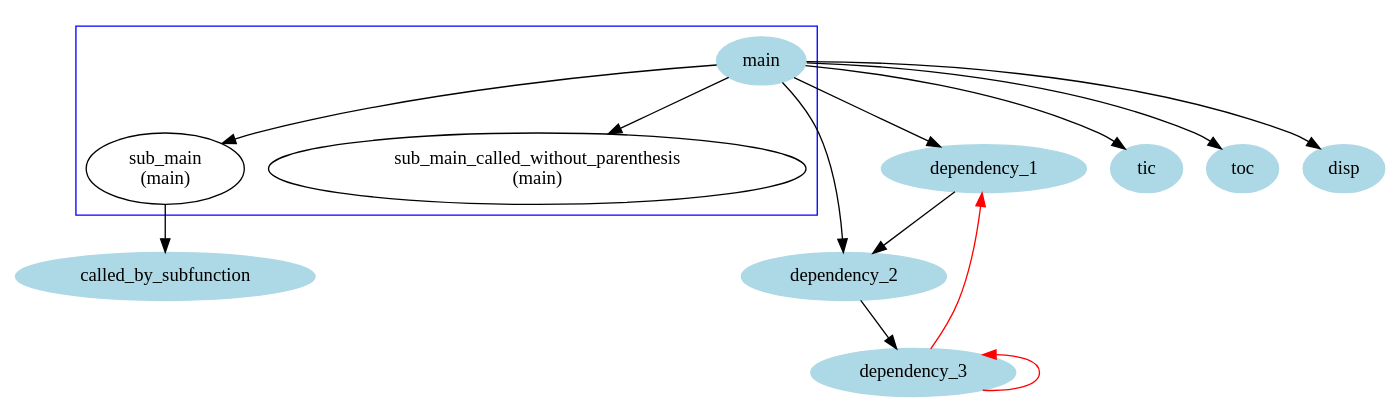
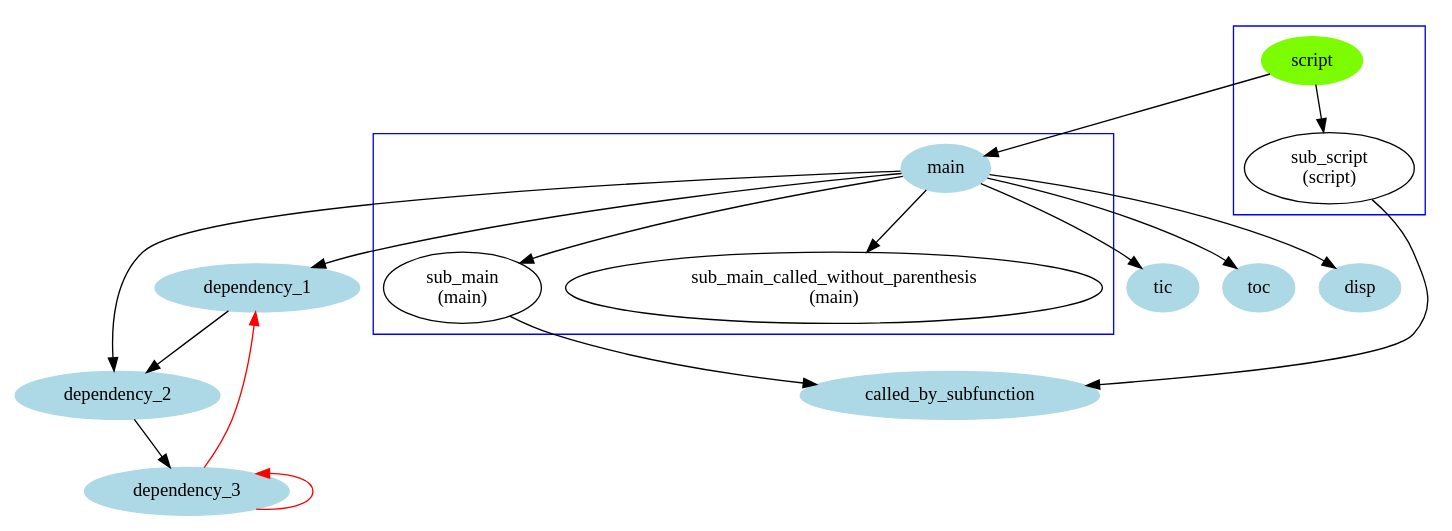
Before and after one commit to KaeroDot/mDepGen: the diagram in readme_figures/readme_fig4.dot, drawn with Graphviz. The commit also changed 22 other files, not shown here.

```diff
--- a/readme_figures/readme_fig4.dot
+++ b/readme_figures/readme_fig4.dot
@@ -1,34 +1,43 @@
 /* Generated by mDepGen */
 digraph dep {
 node [shape = oval];
 /* start of shape definitions */
+"script" [color=lawngreen, style=filled];
 "main" [color=lightblue, style=filled];
 "dependency_1" [color=lightblue, style=filled];
 "dependency_2" [color=lightblue, style=filled];
 "dependency_3" [color=lightblue, style=filled];
 "called_by_subfunction" [color=lightblue, style=filled];
 "tic" [color=lightblue, style=filled];
 "toc" [color=lightblue, style=filled];
 "disp" [color=lightblue, style=filled];
 /* end of shape definitions */
 /* start of subgraph definitions */
 subgraph cluster005 {
 color=blue;
     "main";
     "sub_main\n (main)";
     "sub_main_called_without_parenthesis\n (main)";
 }
+subgraph cluster006 {
+color=blue;
+    "script";
+    "sub_script\n (script)";
+}
 /* end of subgraph definitions */
+"script" -> "main" ;
 "main" -> "dependency_1" ;
 "dependency_1" -> "dependency_2" ;
 "dependency_2" -> "dependency_3" ;
 "dependency_3" -> "dependency_1"  [color=red];
 "dependency_3" -> "dependency_3"  [color=red dir=back];
 "main" -> "dependency_2" ;
 "main" -> "sub_main\n (main)" ;
 "sub_main\n (main)" -> "called_by_subfunction" ;
 "main" -> "sub_main_called_without_parenthesis\n (main)" ;
 "main" -> "tic" ;
 "main" -> "toc" ;
 "main" -> "disp" ;
+"script" -> "sub_script\n (script)" ;
+"sub_script\n (script)" -> "called_by_subfunction" ;
 }
```
